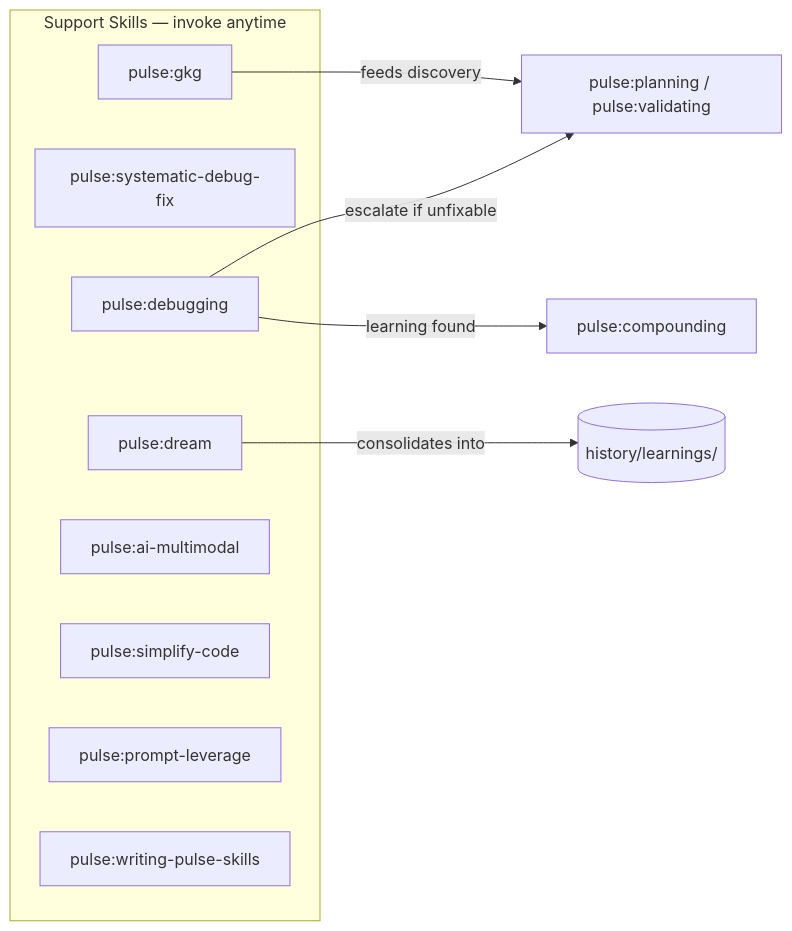
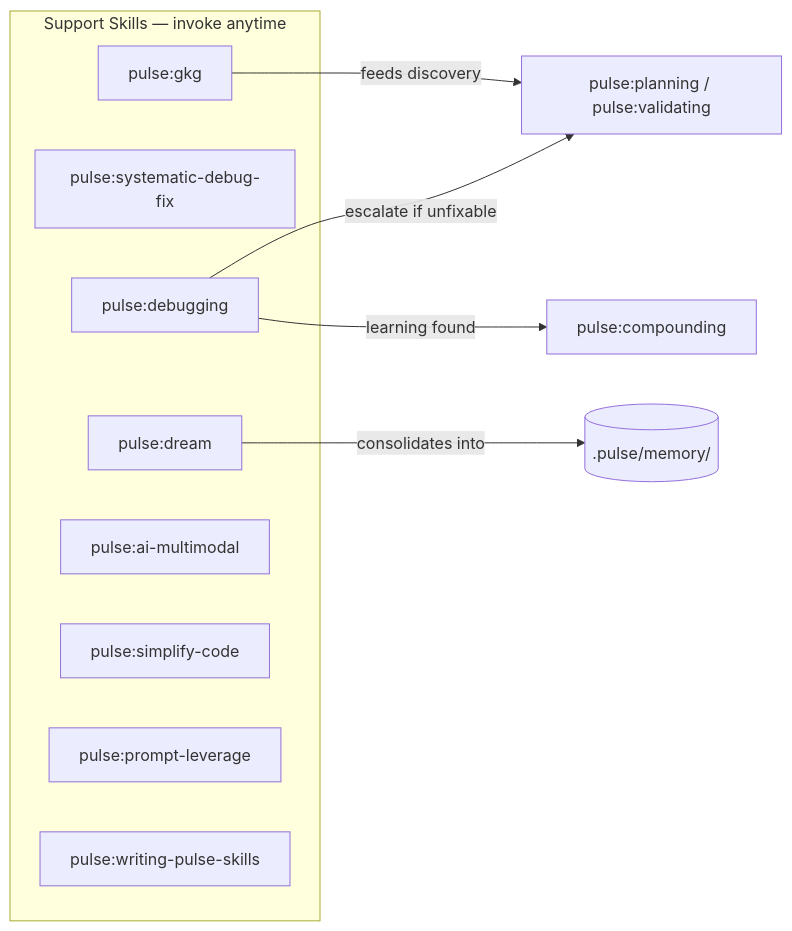
One commit to quanpersie2001/skills changed the fourth of 7 diagrams in docs/ARCHITECTURE.md. Above: the diagram before and after it, drawn with Mermaid. The commit also changed other lines of this file and 31 other files, not shown here.

First line of the commit message:
feat(pulse): standardize handoffs and cut over shared memory

````diff
--- a/docs/ARCHITECTURE.md
+++ b/docs/ARCHITECTURE.md
@@ -349,18 +349,18 @@
 ```mermaid
 flowchart LR
     subgraph support[Support Skills — invoke anytime]
         DBG[pulse:debugging]
         SDF[pulse:systematic-debug-fix]
         GKG[pulse:gkg]
         DRM[pulse:dream]
         AIM[pulse:ai-multimodal]
         SC[pulse:simplify-code]
         PL2[pulse:prompt-leverage]
         WPS[pulse:writing-pulse-skills]
     end
 
     DBG -->|escalate if unfixable| planning[pulse:planning / pulse:validating]
     DBG -->|learning found| CP2[pulse:compounding]
     GKG -->|feeds discovery| planning
-    DRM -->|consolidates into| learnings[(history/learnings/)]
+    DRM -->|consolidates into| learnings[(.pulse/memory/)]
 ```
````
